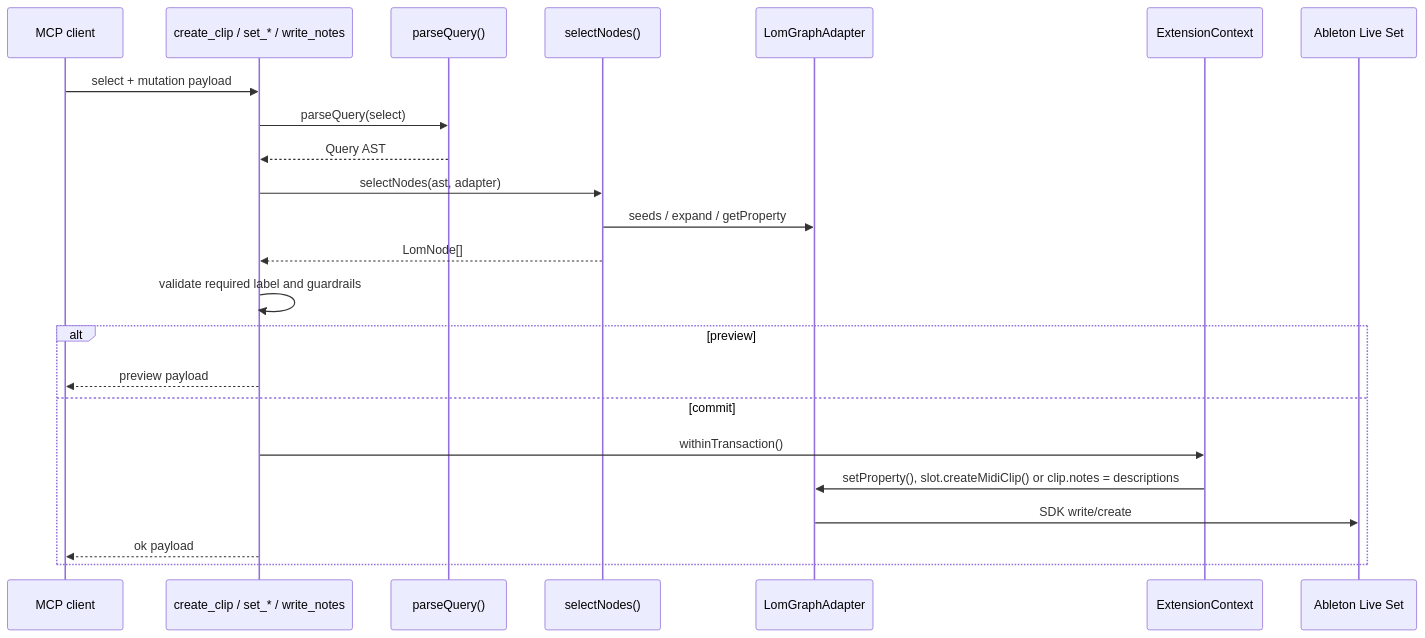
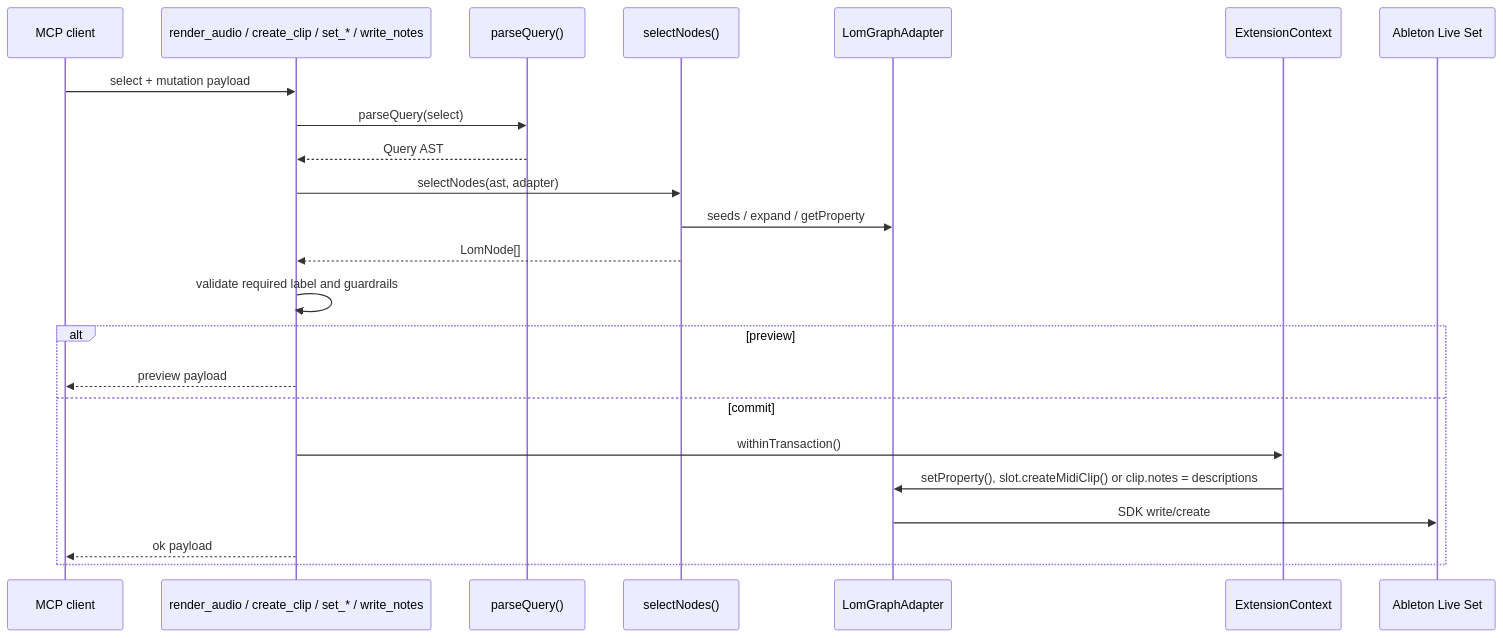
One commit to philtzjp/live-connector changed the sixth of 7 diagrams in llm/ARCHITECTURE.md. Above: the diagram before and after it, drawn with Mermaid. The commit also changed other lines of this file and 1 other file, not shown here.

Commit message:
docs(llm): render_audio モデルを追加する

````diff
--- a/llm/ARCHITECTURE.md
+++ b/llm/ARCHITECTURE.md
@@ -172,26 +173,26 @@
 ```mermaid
 sequenceDiagram
     participant client as MCP client
-    participant tool as create_clip / set_* / write_notes
+    participant tool as render_audio / create_clip / set_* / write_notes
     participant parser as parseQuery()
     participant selector as selectNodes()
     participant adapter as LomGraphAdapter
     participant context as ExtensionContext
     participant live as Ableton Live Set
 
     client->>tool: select + mutation payload
     tool->>parser: parseQuery(select)
     parser-->>tool: Query AST
     tool->>selector: selectNodes(ast, adapter)
     selector->>adapter: seeds / expand / getProperty
     selector-->>tool: LomNode[]
     tool->>tool: validate required label and guardrails
     alt preview
         tool-->>client: preview payload
     else commit
         tool->>context: withinTransaction()
         context->>adapter: setProperty(), slot.createMidiClip() or clip.notes = descriptions
         adapter->>live: SDK write/create
         tool-->>client: ok payload
     end
 ```
````
